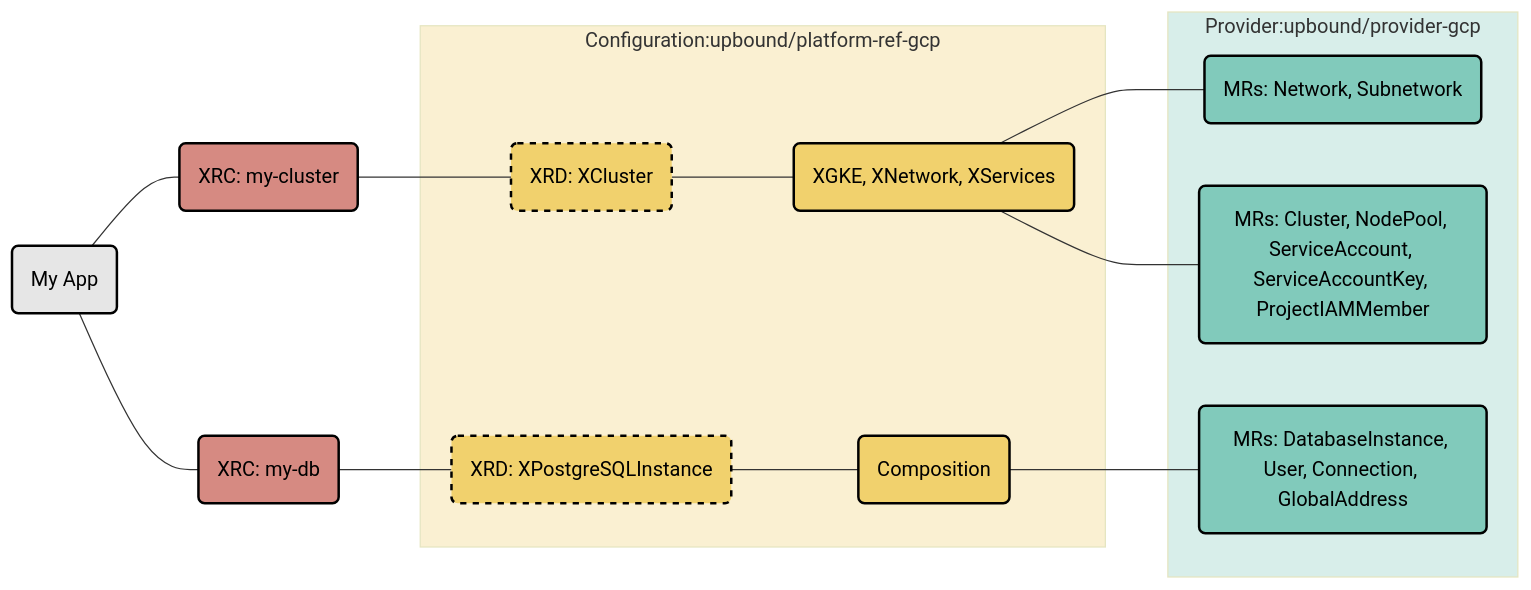
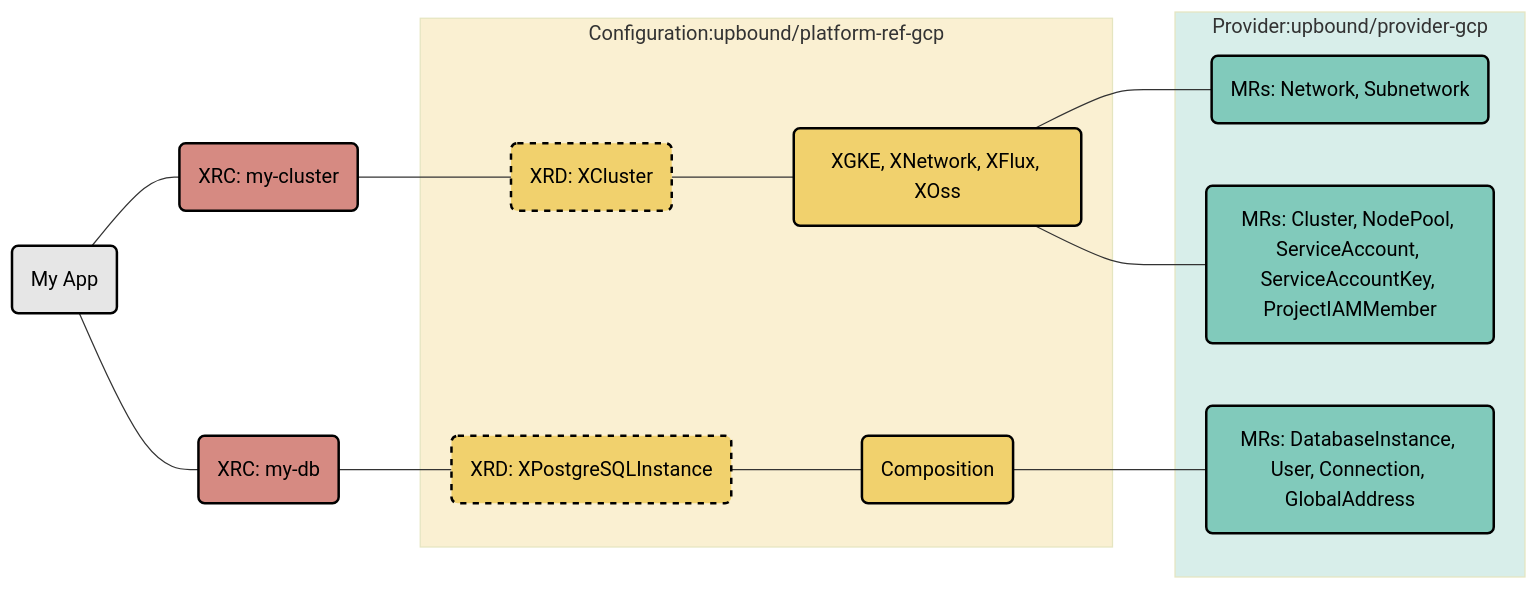
Before and after one commit to upbound/platform-ref-gcp: the diagram in README.md, drawn with Mermaid. The commit also changed other lines of this file and 36 other files, not shown here.

````diff
--- a/README.md
+++ b/README.md
@@ -29,30 +37,30 @@
 ```mermaid
 graph LR;
     MyApp(My App)---MyCluster(XRC: my-cluster);
     MyCluster---XRD1(XRD: XCluster);
     MyApp---MyDB(XRC: my-db);
     MyDB---XRD2(XRD: XPostgreSQLInstance);
 		subgraph Configuration:upbound/platform-ref-gcp;
-	    XRD1---Composition(XGKE, XNetwork, XServices);
+	    XRD1---Composition(XGKE, XNetwork, XFlux, XOss);
 	    XRD2---Composition2(Composition);
 		end
 		subgraph Provider:upbound/provider-gcp
 	    Composition---Network.MRs(MRs: Network, Subnetwork);
 	    Composition---GKE.MRs(MRs: Cluster, NodePool, ServiceAccount, ServiceAccountKey, ProjectIAMMember);
 	    Composition2---Postgres.MRs(MRs: DatabaseInstance, User, Connection, GlobalAddress);
 		end
 
 style MyApp color:#000,fill:#e6e6e6,stroke:#000,stroke-width:2px
 style MyCluster color:#000,fill:#D68A82,stroke:#000,stroke-width:2px
 style MyDB color:#000,fill:#D68A82,stroke:#000,stroke-width:2px
 style Configuration:upbound/platform-ref-gcp fill:#f1d16d,opacity:0.3
 style Provider:upbound/provider-gcp fill:#81CABB,opacity:0.3
 style XRD1 color:#000,fill:#f1d16d,stroke:#000,stroke-width:2px,stroke-dasharray: 5 5
 style XRD2 color:#000,fill:#f1d16d,stroke:#000,stroke-width:2px,stroke-dasharray: 5 5
 style Composition color:#000,fill:#f1d16d,stroke:#000,stroke-width:2px
 style Composition2 color:#000,fill:#f1d16d,stroke:#000,stroke-width:2px
 
 style Network.MRs color:#000,fill:#81CABB,stroke:#000,stroke-width:2px
 style GKE.MRs color:#000,fill:#81CABB,stroke:#000,stroke-width:2px
 style Postgres.MRs color:#000,fill:#81CABB,stroke:#000,stroke-width:2px
 ```
````
